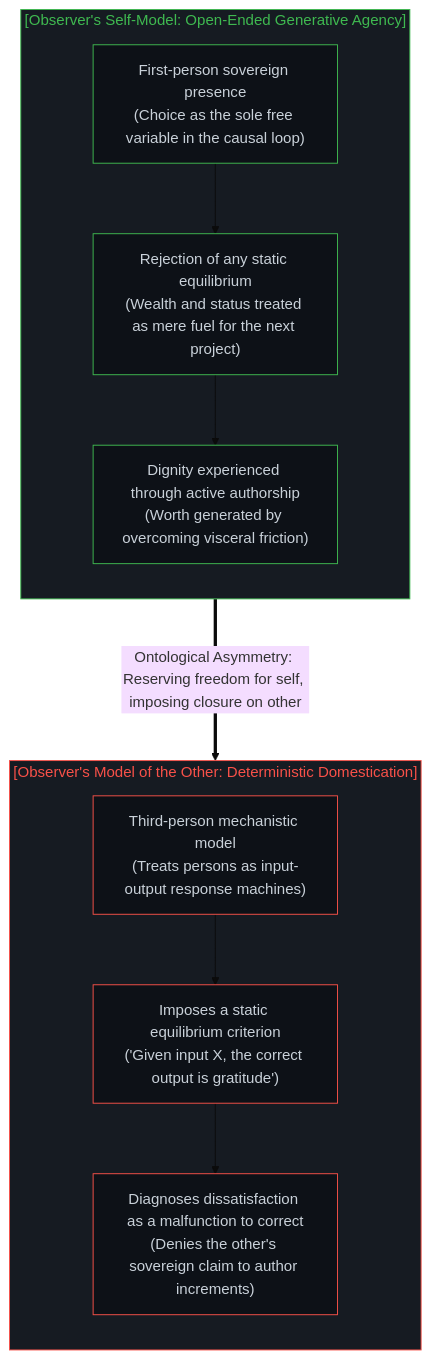
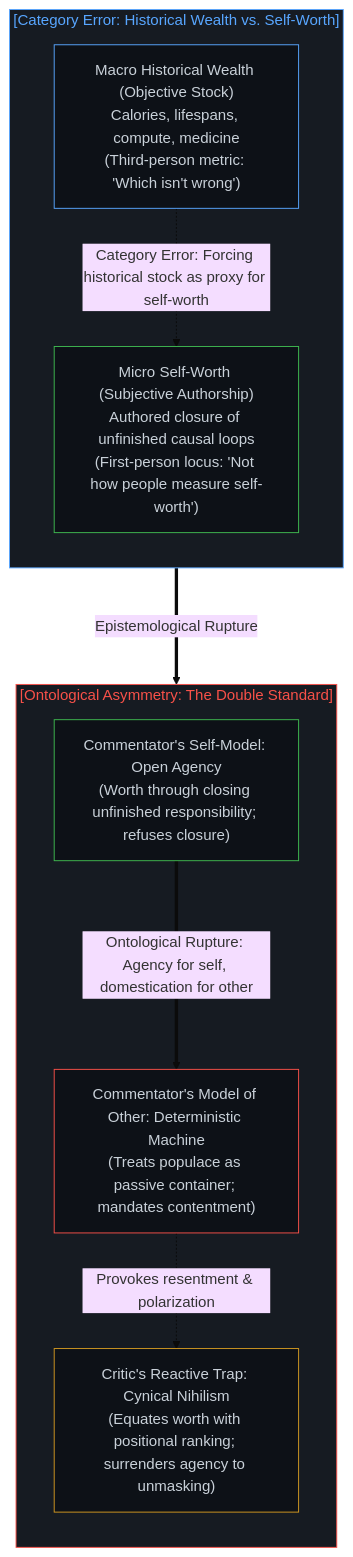
Before and after one commit to powerpig99/not-a-toe: the fourth of 8 diagrams in content/posts/the-balcony-disciplinary-overstep-and-the-unproxyable-act.md, drawn with Mermaid (base theme). The commit also changed other lines of this file and 3 other files, not shown here.

````diff
--- a/content/posts/the-balcony-disciplinary-overstep-and-the-unproxyable-act.md
+++ b/content/posts/the-balcony-disciplinary-overstep-and-the-unproxyable-act.md
@@ -147,29 +148,28 @@
 ```mermaid
 graph TD
-    subgraph Self_Model_EN["[Observer's Self-Model: Open-Ended Generative Agency]"]
+    subgraph Category_Split_EN["[Category Error: Historical Wealth vs. Self-Worth]"]
         direction TB
-        S1_EN["First-person sovereign presence<br/>(Choice as the sole free variable in the causal loop)"]
-        S2_EN["Rejection of any static equilibrium<br/>(Wealth and status treated as mere fuel for the next project)"]
-        S3_EN["Dignity experienced through active authorship<br/>(Worth generated by overcoming visceral friction)"]
-        S1_EN --> S2_EN --> S3_EN
+        C1_EN["Macro Historical Wealth (Objective Stock)<br/>Calories, lifespans, compute, medicine<br/>(Third-person metric: 'Which isn't wrong')"]
+        C2_EN["Micro Self-Worth (Subjective Authorship)<br/>Authored closure of unfinished causal loops<br/>(First-person locus: 'Not how people measure self-worth')"]
+        C1_EN -.->|"Category Error: Forcing historical stock as proxy for self-worth"| C2_EN
     end
 
-    subgraph Other_Model_EN["[Observer's Model of the Other: Deterministic Domestication]"]
+    subgraph Asymmetry_EN["[Ontological Asymmetry: The Double Standard]"]
         direction TB
-        O1_EN["Third-person mechanistic model<br/>(Treats persons as input-output response machines)"]
-        O2_EN["Imposes a static equilibrium criterion<br/>('Given input X, the correct output is gratitude')"]
-        O3_EN["Diagnoses dissatisfaction as a malfunction to correct<br/>(Denies the other's sovereign claim to author increments)"]
-        O1_EN --> O2_EN --> O3_EN
+        Self_Model_EN["Commentator's Self-Model: Open Agency<br/>(Worth through closing unfinished responsibility; refuses closure)"]
+        Other_Model_EN["Commentator's Model of Other: Deterministic Machine<br/>(Treats populace as passive container; mandates contentment)"]
+        Opponent_Trap_EN["Critic's Reactive Trap: Cynical Nihilism<br/>(Equates worth with positional ranking; surrenders agency to unmasking)"]
+        Self_Model_EN ===>|"Ontological Rupture: Agency for self, domestication for other"| Other_Model_EN
+        Other_Model_EN -.->|"Provokes resentment & polarization"| Opponent_Trap_EN
     end
 
-    Self_Model_EN ===>|"Ontological Asymmetry: Reserving freedom for self, imposing closure on other"| Other_Model_EN
+    Category_Split_EN ===>|"Epistemological Rupture"| Asymmetry_EN
 
-    style Self_Model_EN fill:#161b22,stroke:#3fb950,stroke-width:1px,color:#3fb950
-    style Other_Model_EN fill:#161b22,stroke:#f85149,stroke-width:1px,color:#f85149
-    style S1_EN fill:#0d1117,stroke:#3fb950,stroke-width:1px,color:#c9d1d9
-    style S2_EN fill:#0d1117,stroke:#3fb950,stroke-width:1px,color:#c9d1d9
-    style S3_EN fill:#0d1117,stroke:#3fb950,stroke-width:1px,color:#c9d1d9
-    style O1_EN fill:#0d1117,stroke:#f85149,stroke-width:1px,color:#c9d1d9
-    style O2_EN fill:#0d1117,stroke:#f85149,stroke-width:1px,color:#c9d1d9
-    style O3_EN fill:#0d1117,stroke:#f85149,stroke-width:1px,color:#c9d1d9
+    style Category_Split_EN fill:#161b22,stroke:#58a6ff,stroke-width:1px,color:#58a6ff
+    style Asymmetry_EN fill:#161b22,stroke:#f85149,stroke-width:1px,color:#f85149
+    style C1_EN fill:#0d1117,stroke:#58a6ff,stroke-width:1px,color:#c9d1d9
+    style C2_EN fill:#0d1117,stroke:#3fb950,stroke-width:1px,color:#c9d1d9
+    style Self_Model_EN fill:#0d1117,stroke:#3fb950,stroke-width:1px,color:#c9d1d9
+    style Other_Model_EN fill:#0d1117,stroke:#f85149,stroke-width:1px,color:#c9d1d9
+    style Opponent_Trap_EN fill:#0d1117,stroke:#d29922,stroke-width:1px,color:#c9d1d9
 ```
````
